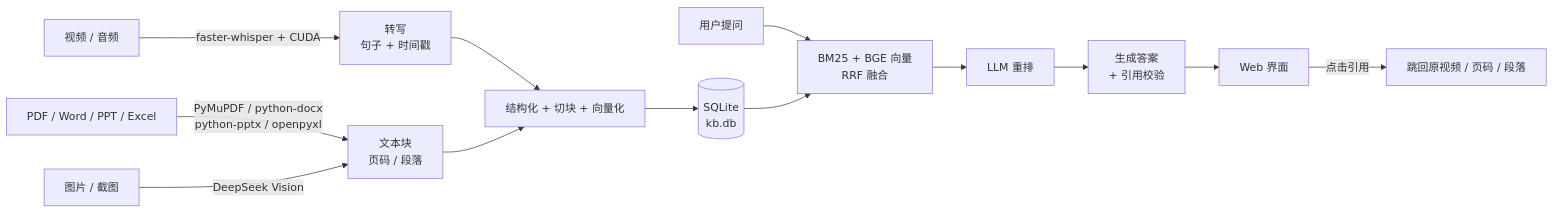
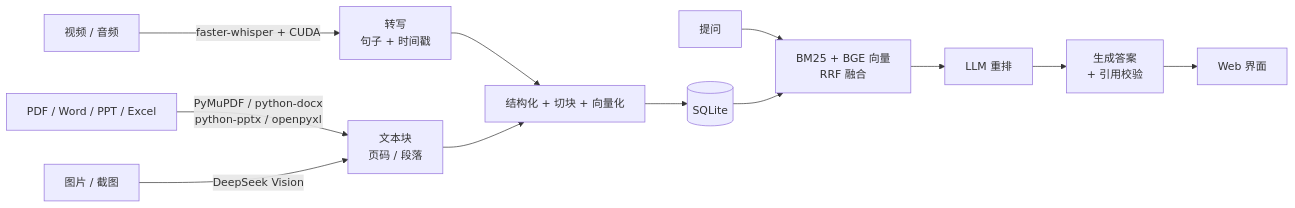
One commit to wwf521xxl/-KnowRAG-Sage- changed the diagram in README.md. Above: the diagram before and after it, drawn with Mermaid. The commit also changed other lines of this file, not shown here.

````diff
--- a/README.md
+++ b/README.md
@@ -31,15 +36,14 @@
 ```mermaid
 flowchart LR
     A[视频 / 音频] -->|faster-whisper + CUDA| T[转写<br/>句子 + 时间戳]
     B[PDF / Word / PPT / Excel] -->|PyMuPDF / python-docx<br/>python-pptx / openpyxl| U[文本块<br/>页码 / 段落]
     C[图片 / 截图] -->|DeepSeek Vision| U
     T --> S[结构化 + 切块 + 向量化]
     U --> S
-    S --> DB[(SQLite<br/>kb.db)]
-    Q[用户提问] --> R[BM25 + BGE 向量<br/>RRF 融合]
+    S --> DB[(SQLite)]
+    Q[提问] --> R[BM25 + BGE 向量<br/>RRF 融合]
     DB --> R
     R --> RR[LLM 重排]
     RR --> G[生成答案<br/>+ 引用校验]
     G --> UI[Web 界面]
-    UI -->|点击引用| P[跳回原视频 / 页码 / 段落]
 ```
````
